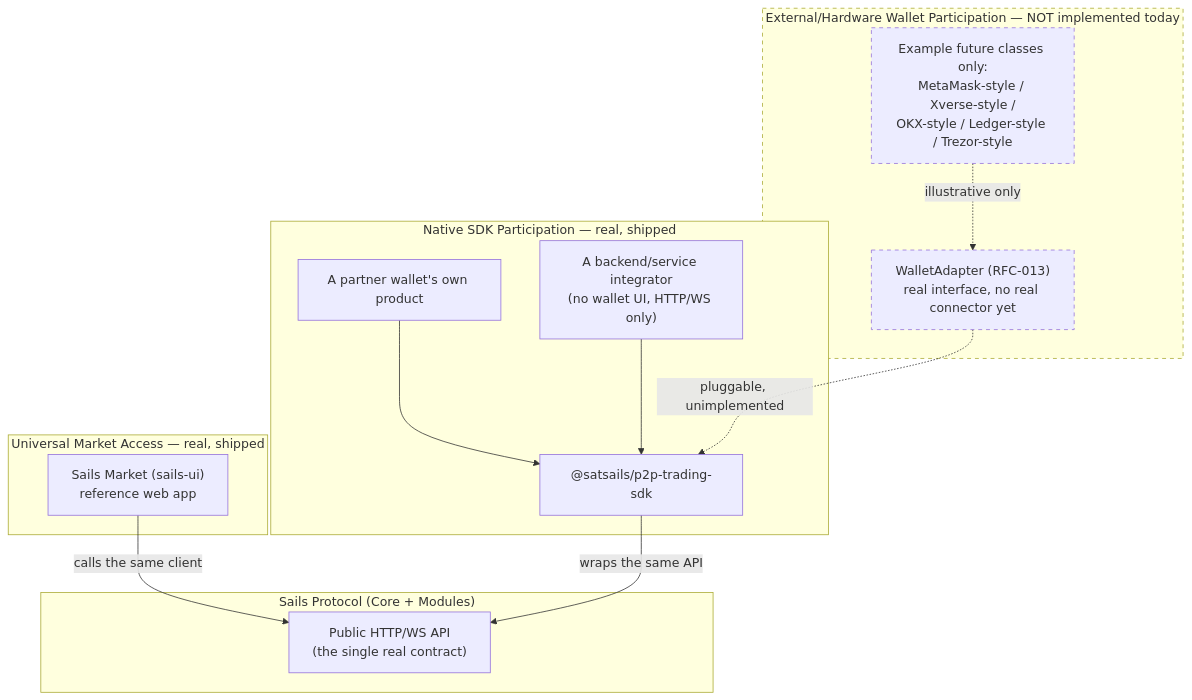
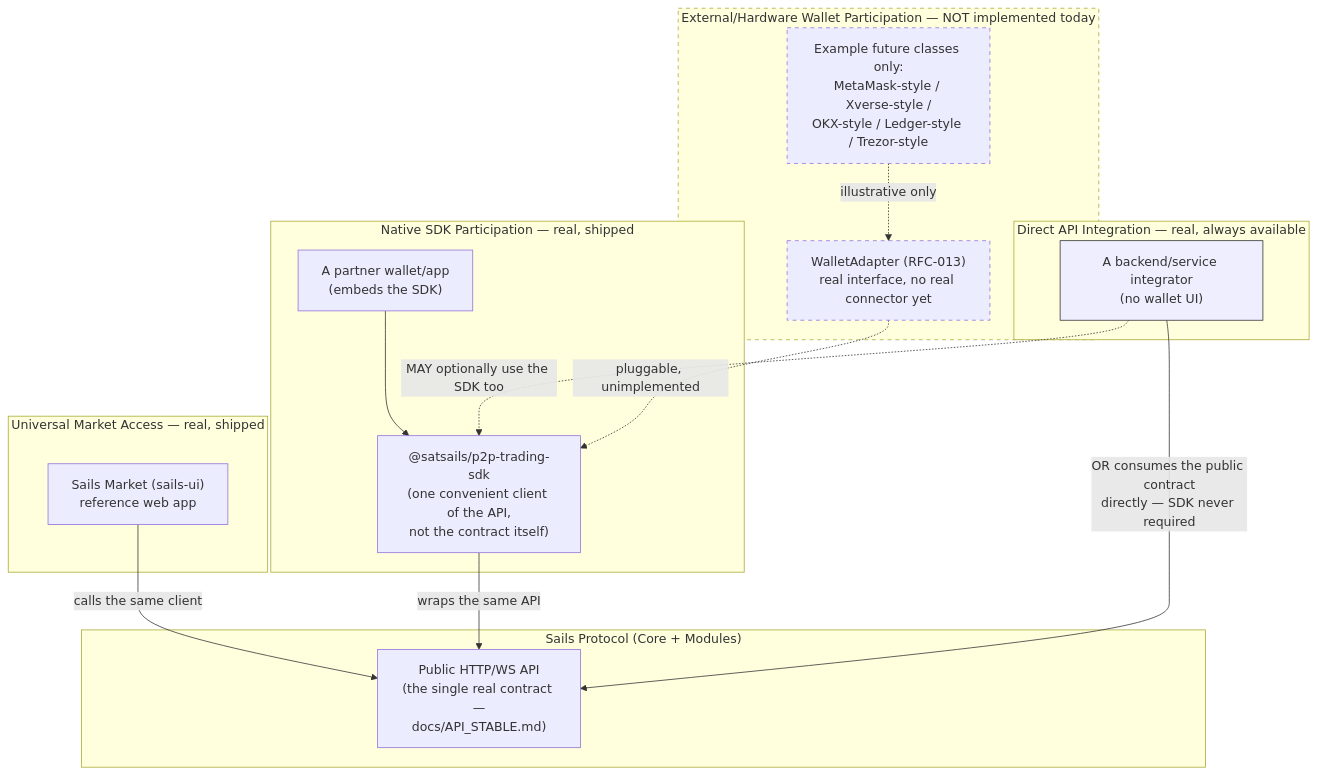
One commit to alan-schramm/Sails-Protocol changed the first of 4 diagrams in docs/SAILS_MARKET_DISTRIBUTION_FLYWHEEL.md. Above: the diagram before and after it, drawn with Mermaid. The commit also changed other lines of this file, not shown here.

````diff
--- a/docs/SAILS_MARKET_DISTRIBUTION_FLYWHEEL.md
+++ b/docs/SAILS_MARKET_DISTRIBUTION_FLYWHEEL.md
@@ -45,32 +63,37 @@
 ```mermaid
 flowchart TB
     subgraph Protocol["Sails Protocol (Core + Modules)"]
-        API["Public HTTP/WS API<br/>(the single real contract)"]
+        API["Public HTTP/WS API<br/>(the single real contract —<br/>docs/API_STABLE.md)"]
     end
 
     subgraph Universal["Universal Market Access — real, shipped"]
         UI["Sails Market (sails-ui)<br/>reference web app"]
     end
 
-    subgraph Native["Native SDK Participation — real, shipped"]
-        SDK["@satsails/p2p-trading-sdk"]
-        PartnerA["A partner wallet's own product"]
-        PartnerB["A backend/service integrator<br/>(no wallet UI, HTTP/WS only)"]
+    subgraph SDKPath["Native SDK Participation — real, shipped"]
+        SDK["@satsails/p2p-trading-sdk<br/>(one convenient client of the API,<br/>not the contract itself)"]
+        PartnerA["A partner wallet/app<br/>(embeds the SDK)"]
+    end
+
+    subgraph DirectPath["Direct API Integration — real, always available"]
+        PartnerB["A backend/service integrator<br/>(no wallet UI)"]
     end
 
     subgraph Future["External/Hardware Wallet Participation — NOT implemented today"]
         WA["WalletAdapter (RFC-013)<br/>real interface, no real connector yet"]
         Ext["Example future classes only:<br/>MetaMask-style / Xverse-style /<br/>OKX-style / Ledger-style / Trezor-style"]
     end
 
     UI -->|"calls the same client"| API
+    PartnerA --> SDK
     SDK -->|"wraps the same API"| API
-    PartnerA --> SDK
-    PartnerB --> SDK
+    PartnerB -.->|"MAY optionally use the SDK too"| SDK
+    PartnerB -->|"OR consumes the public contract<br/>directly — SDK never required"| API
     WA -.->|"pluggable, unimplemented"| SDK
     Ext -.->|"illustrative only"| WA
 
     style Future stroke-dasharray: 5 5
     style Ext stroke-dasharray: 5 5
     style WA stroke-dasharray: 5 5
+    style PartnerB fill:#eef,stroke:#333
 ```
````
